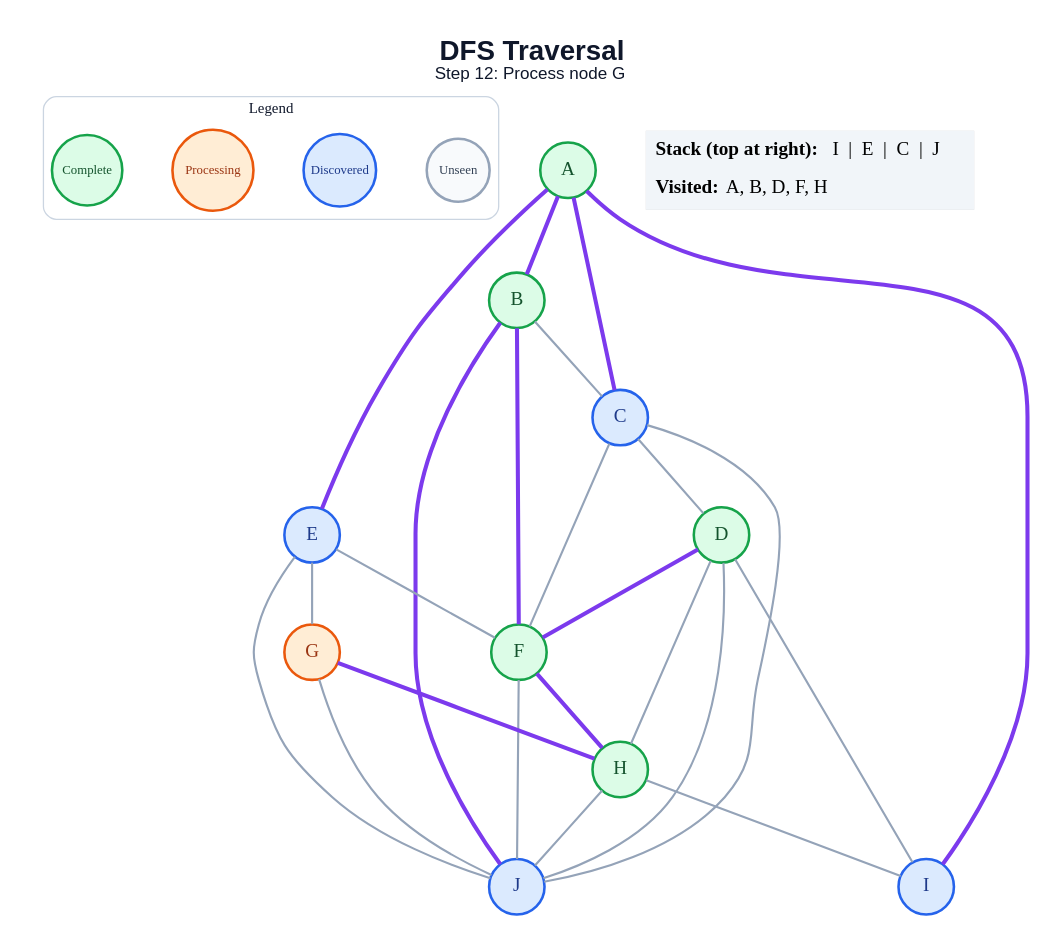
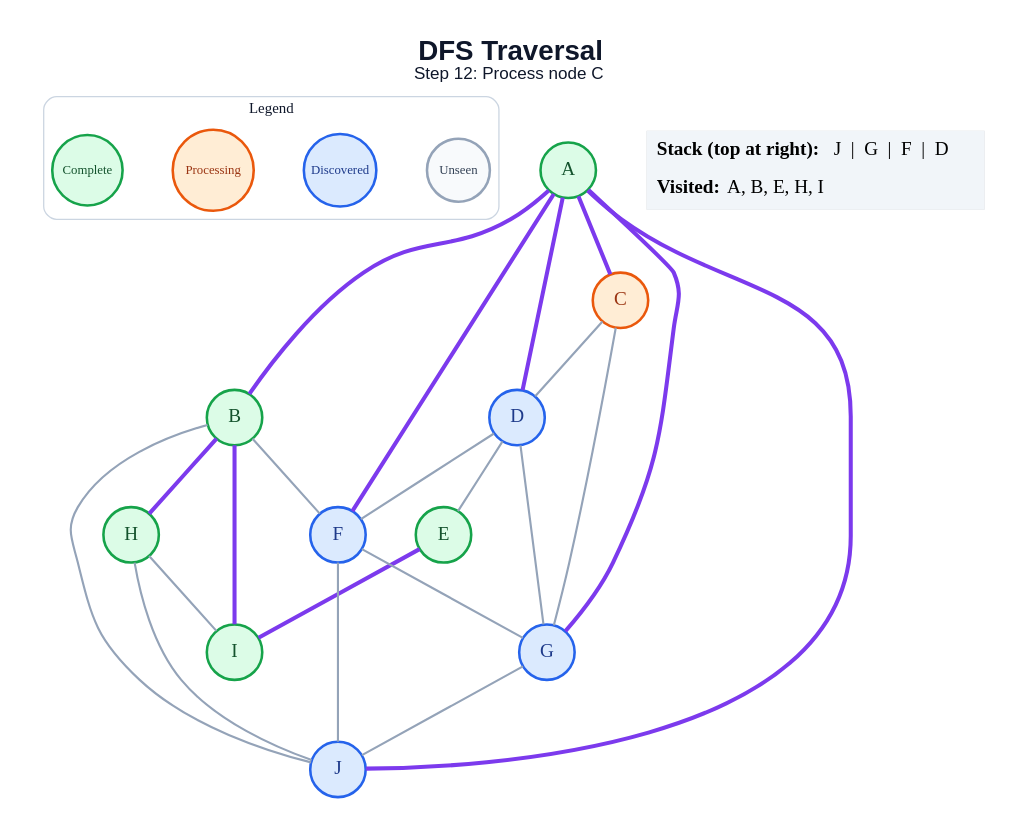
One commit to anon7238593-create/ai-slop changed the diagram in generated/dfs/step_12.dot. Above: the diagram before and after it, drawn with Graphviz. The commit also changed 178 other files, not shown here.

```diff
--- a/generated/dfs/step_12.dot
+++ b/generated/dfs/step_12.dot
@@ -1,52 +1,50 @@
 graph traversal {
   graph [layout=dot, rankdir=TB, bgcolor="#FFFFFF", pad="0.35", nodesep="0.65", ranksep="0.8", fontname="Arial"];
   node [shape=circle, style="filled", fontname="Arial Bold", fontsize=18, width=0.72, fixedsize=true, penwidth=2.4];
   edge [color="#94A3B8", penwidth=2.0];
-  label=<<B>DFS Traversal</B><BR/><FONT POINT-SIZE="16">Step 12: Process node G</FONT>>; labelloc="t"; fontsize=26; fontname="Arial"; fontcolor="#0F172A";
+  label=<<B>DFS Traversal</B><BR/><FONT POINT-SIZE="16">Step 12: Process node C</FONT>>; labelloc="t"; fontsize=26; fontname="Arial"; fontcolor="#0F172A";
   subgraph cluster_legend { label="Legend"; color="#CBD5E1"; penwidth=1.2; style="rounded"; fontsize=14; fontname="Arial Bold";
     key_unseen [label="Unseen", fillcolor="#F8FAFC", color="#94A3B8", fontcolor="#334155", fontsize=12, width=0.82];
     key_frontier [label="Discovered", fillcolor="#DBEAFE", color="#2563EB", fontcolor="#1E3A8A", fontsize=12, width=0.95];
     key_current [label="Processing", fillcolor="#FFEDD5", color="#EA580C", fontcolor="#9A3412", fontsize=12, width=1.05];
     key_done [label="Complete", fillcolor="#DCFCE7", color="#16A34A", fontcolor="#14532D", fontsize=12, width=0.92];
     { rank=same; key_unseen; key_frontier; key_current; key_done; }
   }
   A [fillcolor="#DCFCE7", color="#16A34A", fontcolor="#14532D"];
   B [fillcolor="#DCFCE7", color="#16A34A", fontcolor="#14532D"];
-  C [fillcolor="#DBEAFE", color="#2563EB", fontcolor="#1E3A8A"];
-  D [fillcolor="#DCFCE7", color="#16A34A", fontcolor="#14532D"];
-  E [fillcolor="#DBEAFE", color="#2563EB", fontcolor="#1E3A8A"];
-  F [fillcolor="#DCFCE7", color="#16A34A", fontcolor="#14532D"];
-  G [fillcolor="#FFEDD5", color="#EA580C", fontcolor="#9A3412"];
+  C [fillcolor="#FFEDD5", color="#EA580C", fontcolor="#9A3412"];
+  D [fillcolor="#DBEAFE", color="#2563EB", fontcolor="#1E3A8A"];
+  E [fillcolor="#DCFCE7", color="#16A34A", fontcolor="#14532D"];
+  F [fillcolor="#DBEAFE", color="#2563EB", fontcolor="#1E3A8A"];
+  G [fillcolor="#DBEAFE", color="#2563EB", fontcolor="#1E3A8A"];
   H [fillcolor="#DCFCE7", color="#16A34A", fontcolor="#14532D"];
-  I [fillcolor="#DBEAFE", color="#2563EB", fontcolor="#1E3A8A"];
+  I [fillcolor="#DCFCE7", color="#16A34A", fontcolor="#14532D"];
   J [fillcolor="#DBEAFE", color="#2563EB", fontcolor="#1E3A8A"];
   A -- B [color="#7C3AED", penwidth=3.8];
   A -- C [color="#7C3AED", penwidth=3.8];
-  A -- E [color="#7C3AED", penwidth=3.8];
-  A -- I [color="#7C3AED", penwidth=3.8];
-  B -- C;
-  B -- F [color="#7C3AED", penwidth=3.8];
-  B -- J [color="#7C3AED", penwidth=3.8];
+  A -- D [color="#7C3AED", penwidth=3.8];
+  A -- F [color="#7C3AED", penwidth=3.8];
+  A -- G [color="#7C3AED", penwidth=3.8];
+  A -- J [color="#7C3AED", penwidth=3.8];
+  B -- F;
+  B -- H [color="#7C3AED", penwidth=3.8];
+  B -- I [color="#7C3AED", penwidth=3.8];
+  B -- J;
   C -- D;
-  C -- F;
-  C -- J;
-  D -- F [color="#7C3AED", penwidth=3.8];
-  D -- H;
-  D -- I;
-  D -- J;
-  E -- F;
-  E -- G;
-  E -- J;
-  F -- H [color="#7C3AED", penwidth=3.8];
+  C -- G;
+  D -- E;
+  D -- F;
+  D -- G;
+  E -- I [color="#7C3AED", penwidth=3.8];
+  F -- G;
   F -- J;
-  G -- H [color="#7C3AED", penwidth=3.8];
   G -- J;
   H -- I;
   H -- J;
   status [shape=plain, fixedsize=false, width=0, height=0, margin=0, label=<
     <TABLE BORDER="0" CELLBORDER="0" CELLPADDING="7" BGCOLOR="#F1F5F9">
-      <TR><TD ALIGN="LEFT"><B>Stack (top at right):</B> I  |  E  |  C  |  J</TD></TR>
-      <TR><TD ALIGN="LEFT"><B>Visited:</B> A, B, D, F, H</TD></TR>
+      <TR><TD ALIGN="LEFT"><B>Stack (top at right):</B> J  |  G  |  F  |  D</TD></TR>
+      <TR><TD ALIGN="LEFT"><B>Visited:</B> A, B, E, H, I</TD></TR>
     </TABLE>
   >];
 }
```
